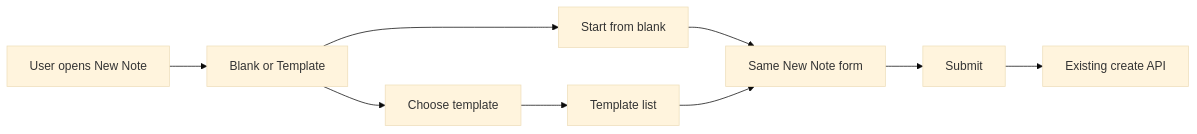
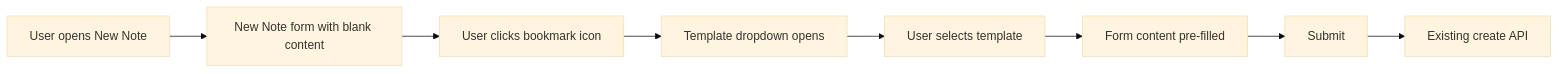
Before and after one commit to harvouscom/harvous: the diagram in docs/future/NOTE_TEMPLATES.md, drawn with Mermaid (base theme). The commit also changed other lines of this file and 3 other files, not shown here.

````diff
--- a/docs/future/NOTE_TEMPLATES.md
+++ b/docs/future/NOTE_TEMPLATES.md
@@ -145,11 +194,10 @@
 ```mermaid
 flowchart LR
-  Open[User opens New Note] --> Choice[Blank or Template]
-  Choice --> Blank[Start from blank]
-  Choice --> Template[Choose template]
-  Blank --> Form[Same New Note form]
-  Template --> List[Template list]
-  List --> Form
-  Form --> Submit[Submit]
+  Open[User opens New Note] --> Form[New Note form with blank content]
+  Form --> Icon[User clicks bookmark icon]
+  Icon --> Dropdown[Template dropdown opens]
+  Dropdown --> Select[User selects template]
+  Select --> Prefill[Form content pre-filled]
+  Prefill --> Submit[Submit]
   Submit --> Create[Existing create API]
 ```
````
